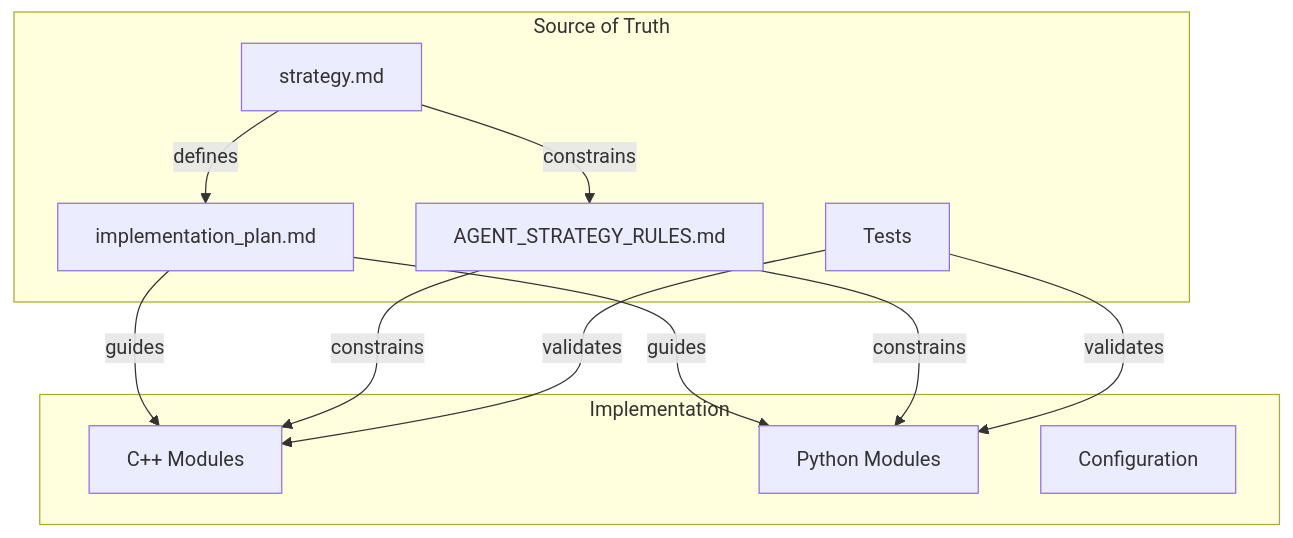
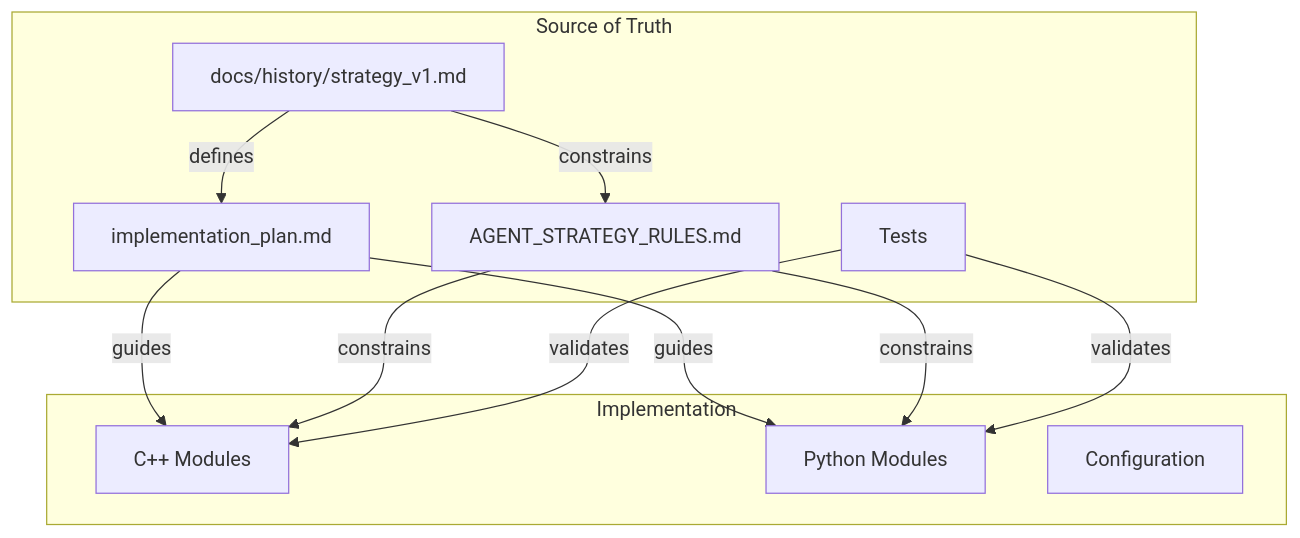
The second of 3 diagrams in docs/implementation_plan.md (Centheos1/trading), drawn with Mermaid before and after one commit. The commit also changed other lines of this file and 36 other files, not shown here.

````diff
--- a/docs/implementation_plan.md
+++ b/docs/implementation_plan.md
@@ -414,24 +417,24 @@
 ```mermaid
 flowchart TB
     subgraph TRUTH ["Source of Truth"]
-        SM[strategy.md]
+        SM[docs/history/strategy_v1.md]
         IP[implementation_plan.md]
         ASR[AGENT_STRATEGY_RULES.md]
         TESTS[Tests]
     end
 
     subgraph CODE ["Implementation"]
         CPP[C++ Modules]
         PY[Python Modules]
         CFG[Configuration]
     end
 
     SM -->|defines| IP
     SM -->|constrains| ASR
     IP -->|guides| CPP
     IP -->|guides| PY
     ASR -->|constrains| CPP
     ASR -->|constrains| PY
     TESTS -->|validates| CPP
     TESTS -->|validates| PY
 ```
````
